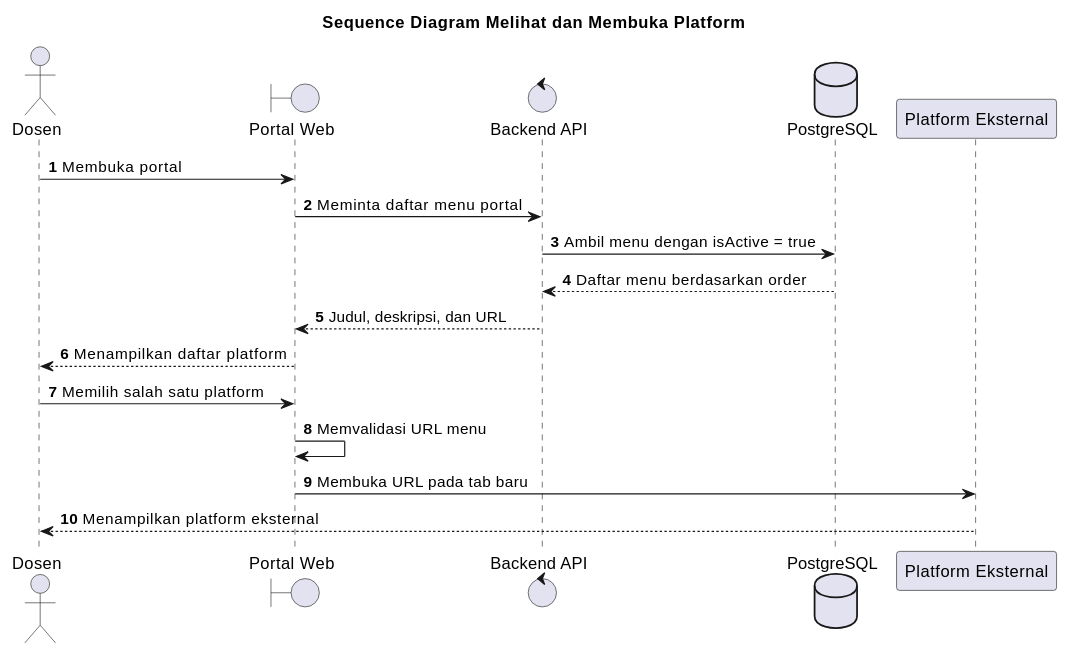
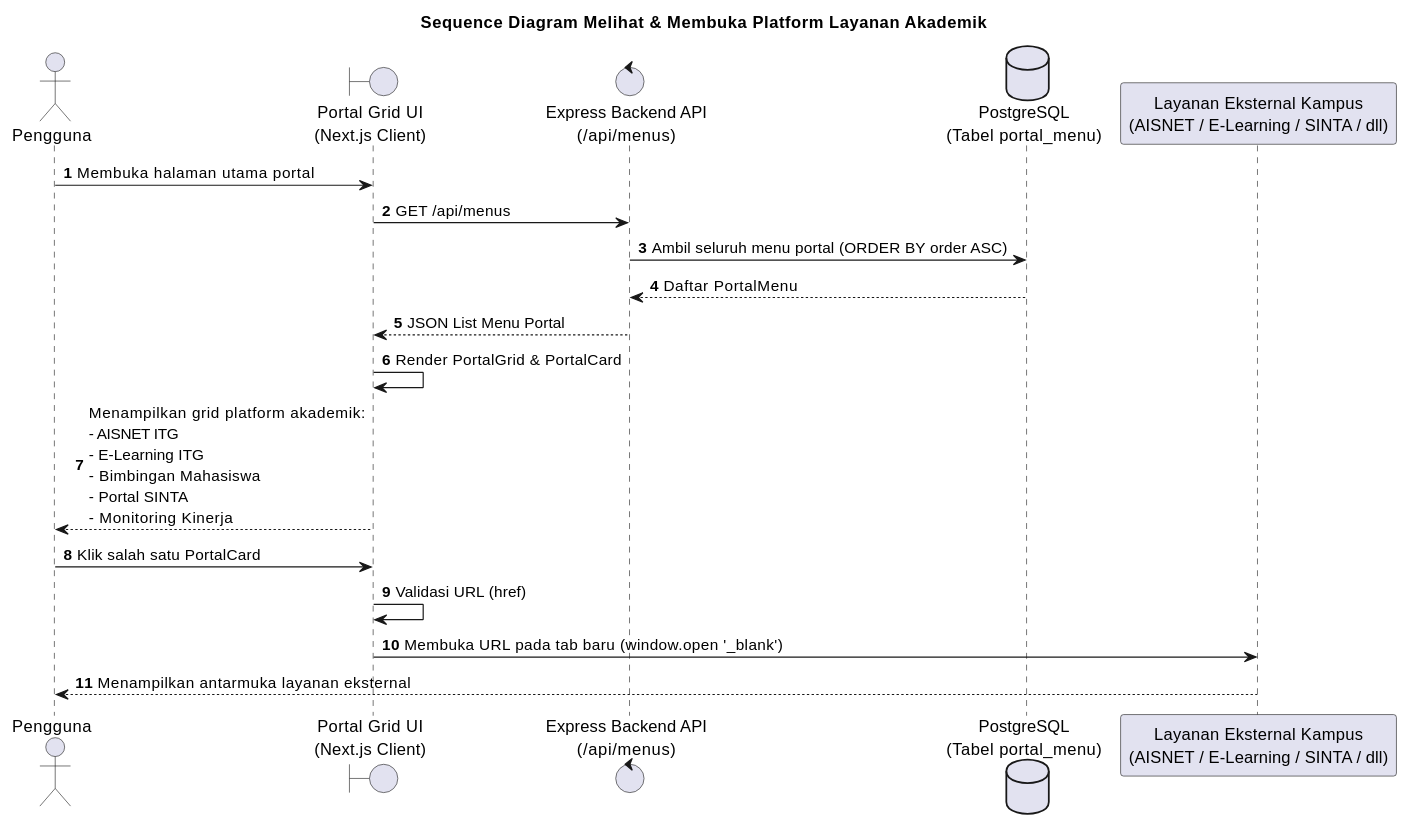
One commit to Badru9/chatbot changed the diagram in uml/open_platform_sequence.md. Above: the diagram before and after it, drawn with PlantUML. The commit also changed other lines of this file and 15 other files, not shown here.

Commit message:
docs: update UML diagrams and feature documentation to align with current architecture

````diff
--- a/uml/open_platform_sequence.md
+++ b/uml/open_platform_sequence.md
@@ -5,27 +5,29 @@
 ```plantuml
 @startuml
-title Sequence Diagram Melihat dan Membuka Platform
+title Sequence Diagram Melihat & Membuka Platform Layanan Akademik
 
 autonumber
 skinparam shadowing false
 
-actor Dosen
-boundary "Portal Web" as Web
-control "Backend API" as API
-database "PostgreSQL" as DB
-participant "Platform Eksternal" as External
+actor Pengguna
+boundary "Portal Grid UI\n(Next.js Client)" as UI
+control "Express Backend API\n(/api/menus)" as API
+database "PostgreSQL\n(Tabel portal_menu)" as DB
+participant "Layanan Eksternal Kampus\n(AISNET / E-Learning / SINTA / dll)" as External
 
-Dosen -> Web : Membuka portal
-Web -> API : Meminta daftar menu portal
-API -> DB : Ambil menu dengan isActive = true
-DB --> API : Daftar menu berdasarkan order
-API --> Web : Judul, deskripsi, dan URL
-Web --> Dosen : Menampilkan daftar platform
+Pengguna -> UI : Membuka halaman utama portal
+UI -> API : GET /api/menus
+API -> DB : Ambil seluruh menu portal (ORDER BY order ASC)
+DB --> API : Daftar PortalMenu
+API --> UI : JSON List Menu Portal
+UI -> UI : Render PortalGrid & PortalCard
 
-Dosen -> Web : Memilih salah satu platform
-Web -> Web : Memvalidasi URL menu
-Web -> External : Membuka URL pada tab baru
-External --> Dosen : Menampilkan platform eksternal
+UI --> Pengguna : Menampilkan grid platform akademik:\n- AISNET ITG\n- E-Learning ITG\n- Bimbingan Mahasiswa\n- Portal SINTA\n- Monitoring Kinerja
+
+Pengguna -> UI : Klik salah satu PortalCard
+UI -> UI : Validasi URL (href)
+UI -> External : Membuka URL pada tab baru (window.open '_blank')
+External --> Pengguna : Menampilkan antarmuka layanan eksternal
 
 @enduml
 ```
````
